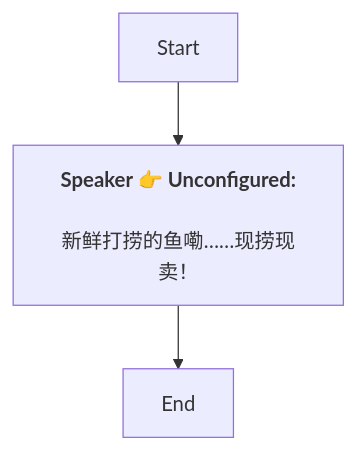
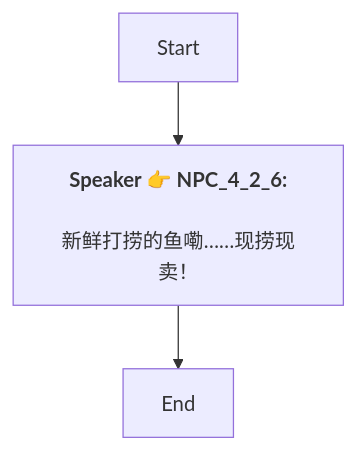
The diagram in Zh/Dialog_54440186483206.md (SoftHu/tos_avg), drawn with Mermaid before and after one commit. The commit also changed 737 other files, not shown here.

````diff
--- a/Zh/Dialog_54440186483206.md
+++ b/Zh/Dialog_54440186483206.md
@@ -1,8 +1,7 @@
 ```mermaid
 graph
-Start -->1742086081839430[<b>Speaker 👉 Unconfigured:</b>
-
-新鲜打捞的鱼嘞……现捞现卖！]
+Start -->1742086081839430[<b>Speaker 👉 NPC_4_2_6:</b>
+\n新鲜打捞的鱼嘞……现捞现卖！]
 1742086081839430 -->1742086081840455[End]
 
- ```
+```
````
